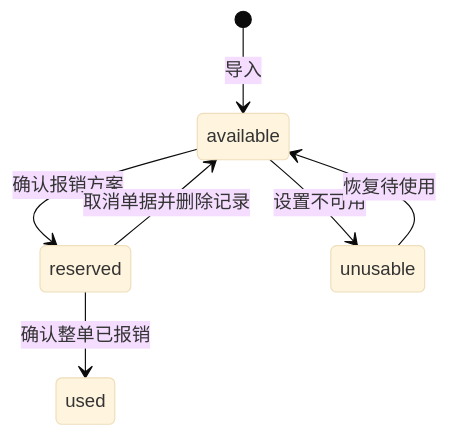
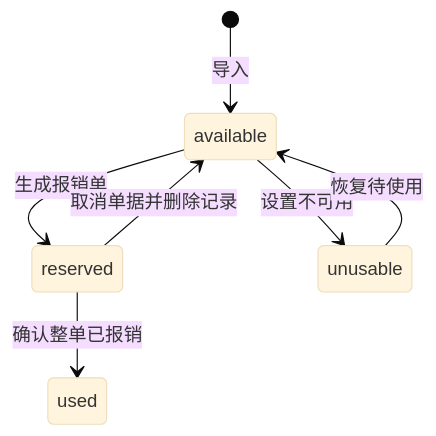
One commit to Huangddab/invoice-manager changed the diagram in docs/DEVELOPMENT.md. Above: the diagram before and after it, drawn with Mermaid (base theme). The commit also changed other lines of this file and 16 other files, not shown here.

````diff
--- a/docs/DEVELOPMENT.md
+++ b/docs/DEVELOPMENT.md
@@ -213,9 +223,9 @@
 ```mermaid
 stateDiagram-v2
     [*] --> available: 导入
-    available --> reserved: 确认报销方案
+    available --> reserved: 生成报销单
     reserved --> used: 确认整单已报销
     reserved --> available: 取消单据并删除记录
     available --> unusable: 设置不可用
     unusable --> available: 恢复待使用
 ```
````
